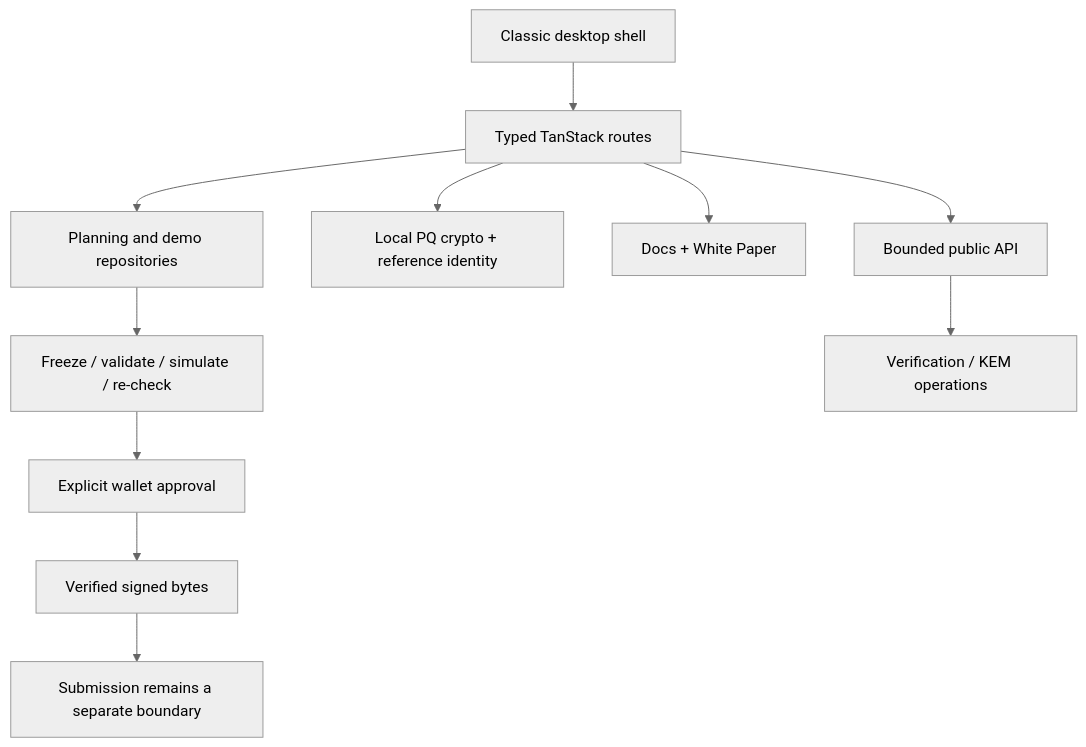
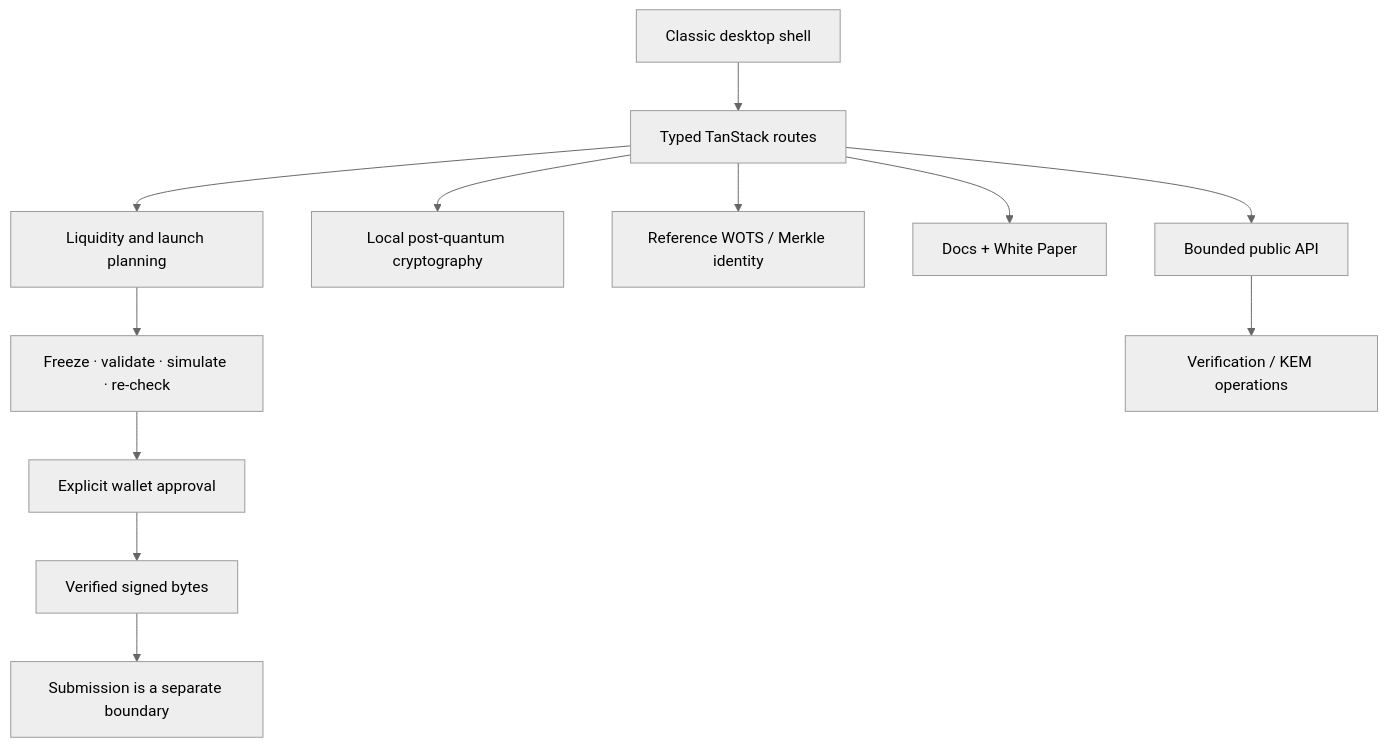
The diagram in README.md (NeMoTron35/NeMo), drawn with Mermaid (neutral theme) before and after one commit. The commit also changed other lines of this file and 12 other files, not shown here.

````diff
--- a/README.md
+++ b/README.md
@@ -35,13 +72,14 @@
 ```mermaid
 flowchart TD
     UI[Classic desktop shell] --> Routes[Typed TanStack routes]
-    Routes --> Plans[Planning and demo repositories]
-    Routes --> Crypto[Local PQ crypto + reference identity]
+    Routes --> Market[Liquidity and launch planning]
+    Routes --> Crypto[Local post-quantum cryptography]
+    Routes --> Identity[Reference WOTS / Merkle identity]
     Routes --> Docs[Docs + White Paper]
-    Plans --> Review[Freeze / validate / simulate / re-check]
+    Market --> Review[Freeze · validate · simulate · re-check]
     Review --> Wallet[Explicit wallet approval]
     Wallet --> Signed[Verified signed bytes]
-    Signed --> Submit[Submission remains a separate boundary]
+    Signed --> Submit[Submission is a separate boundary]
     Routes --> API[Bounded public API]
     API --> Verify[Verification / KEM operations]
 ```
````
